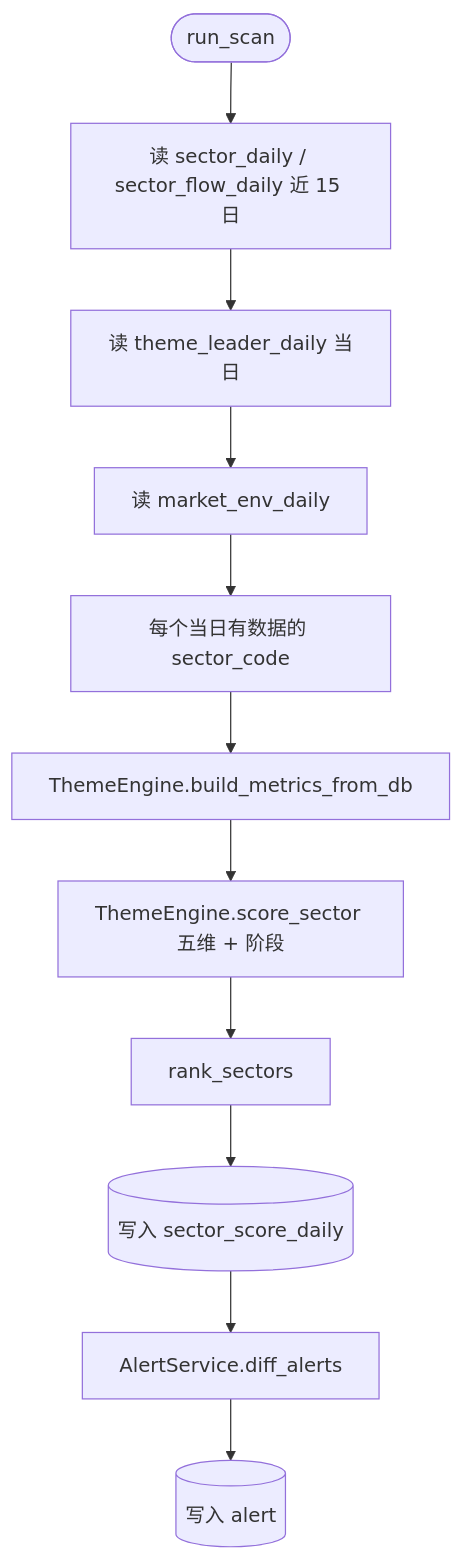
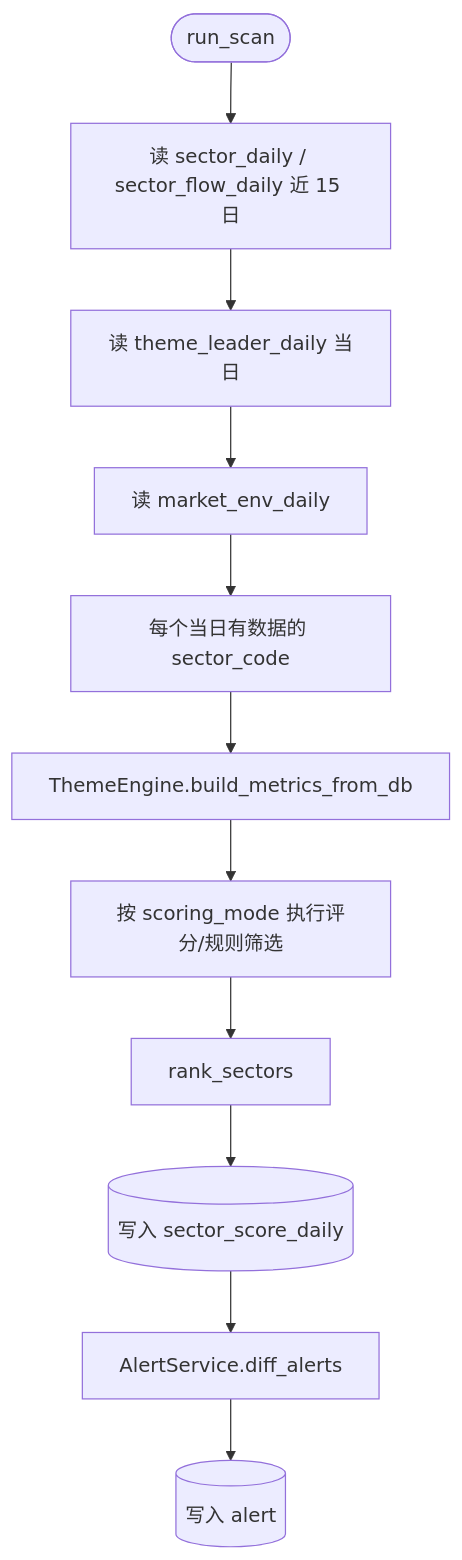
One commit to ninglei1993/stock changed the fifth of 5 diagrams in docs/data-pipeline.md. Above: the diagram before and after it, drawn with Mermaid. The commit also changed other lines of this file and 91 other files, not shown here.

````diff
--- a/docs/data-pipeline.md
+++ b/docs/data-pipeline.md
@@ -183,13 +183,13 @@
 ```mermaid
 flowchart TD
     S([run_scan]) --> Q1[读 sector_daily / sector_flow_daily 近 15 日]
     Q1 --> Q2[读 theme_leader_daily 当日]
     Q2 --> Q3[读 market_env_daily]
     Q3 --> LOOP[每个当日有数据的 sector_code]
     LOOP --> M[ThemeEngine.build_metrics_from_db]
-    M --> SC[ThemeEngine.score_sector 五维 + 阶段]
+    M --> SC[按 scoring_mode 执行评分/规则筛选]
     SC --> RANK[rank_sectors]
     RANK --> W1[(写入 sector_score_daily)]
     W1 --> ALT[AlertService.diff_alerts]
     ALT --> W2[(写入 alert)]
 ```
````
